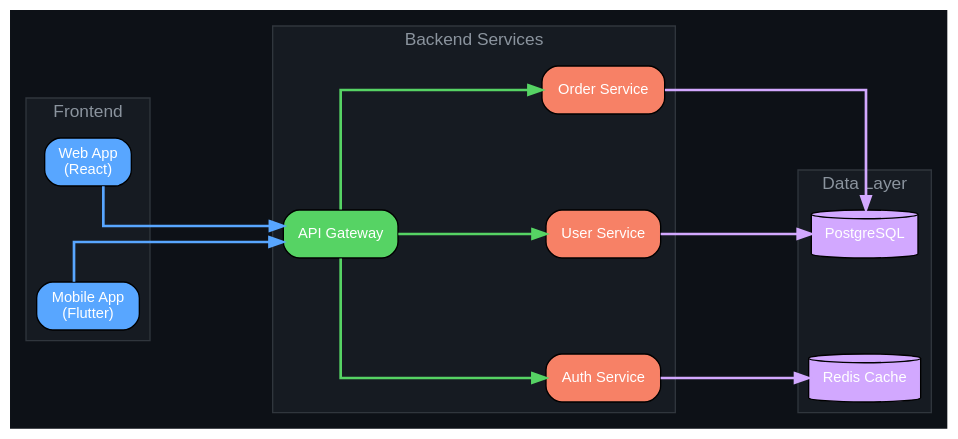
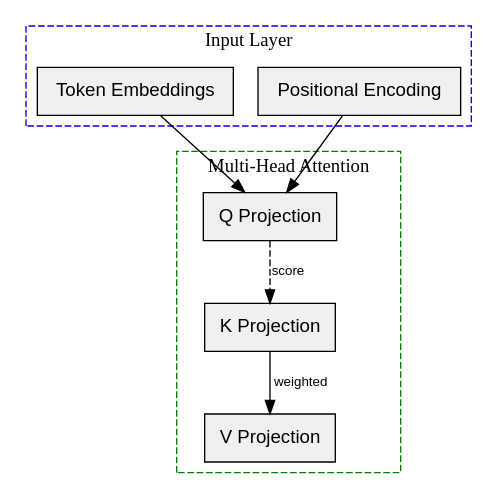
One commit to BaptisteLoquette/MyEmacs changed the second of 3 diagrams in docs/superpowers/viz-framework/templates/agent-prompts/graphviz.md. Above: the diagram before and after it, drawn with Graphviz. The commit also changed other lines of this file and 8 other files, not shown here.

````diff
--- a/docs/superpowers/viz-framework/templates/agent-prompts/graphviz.md
+++ b/docs/superpowers/viz-framework/templates/agent-prompts/graphviz.md
@@ -58,60 +44,29 @@
 ```dot
-digraph G {
-    rankdir=LR
-    bgcolor="#0d1117"
-    fontname="Helvetica"
-    fontsize=14
-    nodesep=1.0
-    ranksep=1.5
-    splines=ortho
+digraph Architecture {
+    rankdir=TB;
+    node [shape=box, style=filled, fillcolor="#f0f0f0", fontname="Helvetica"];
+    edge [fontname="Helvetica", fontsize=10];
 
-    node [shape=box, style="rounded,filled", fontcolor=white, fontname="Helvetica", fontsize=11]
-
-    subgraph cluster_frontend {
-        label="Frontend"
-        fontcolor="#8B949E"
-        fontsize=13
-        color="#30363D"
-        style=filled
-        fillcolor="#161B22"
-
-        web [label="Web App\n(React)", fillcolor="#58A6FF"]
-        mobile [label="Mobile App\n(Flutter)", fillcolor="#58A6FF"]
+    subgraph cluster_input {
+        label="Input Layer";
+        style=dashed;
+        color=blue;
+        I1 [label="Token Embeddings"];
+        I2 [label="Positional Encoding"];
     }
 
-    subgraph cluster_backend {
-        label="Backend Services"
-        fontcolor="#8B949E"
-        fontsize=13
-        color="#30363D"
-        style=filled
-        fillcolor="#161B22"
-
-        gateway [label="API Gateway", fillcolor="#56D364"]
-        auth [label="Auth Service", fillcolor="#F78166"]
-        users [label="User Service", fillcolor="#F78166"]
-        orders [label="Order Service", fillcolor="#F78166"]
+    subgraph cluster_attention {
+        label="Multi-Head Attention";
+        style=dashed;
+        color=green;
+        A1 [label="Q Projection"];
+        A2 [label="K Projection"];
+        A3 [label="V Projection"];
     }
 
-    subgraph cluster_data {
-        label="Data Layer"
-        fontcolor="#8B949E"
-        fontsize=13
-        color="#30363D"
-        style=filled
-        fillcolor="#161B22"
-
-        db [label="PostgreSQL", fillcolor="#D2A8FF", shape=cylinder]
-        cache [label="Redis Cache", fillcolor="#D2A8FF", shape=cylinder]
-    }
-
-    web -> gateway [color="#58A6FF", penwidth=2]
-    mobile -> gateway [color="#58A6FF", penwidth=2]
-    gateway -> auth [color="#56D364", penwidth=2]
-    gateway -> users [color="#56D364", penwidth=2]
-    gateway -> orders [color="#56D364", penwidth=2]
-    users -> db [color="#D2A8FF", penwidth=2]
-    orders -> db [color="#D2A8FF", penwidth=2]
-    auth -> cache [color="#D2A8FF", penwidth=2]
+    I1 -> A1;
+    I2 -> A1;
+    A1 -> A2 [style=dashed, label="score"];
+    A2 -> A3 [label="weighted"];
 }
 ```
````
